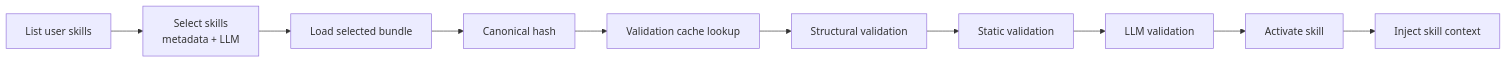
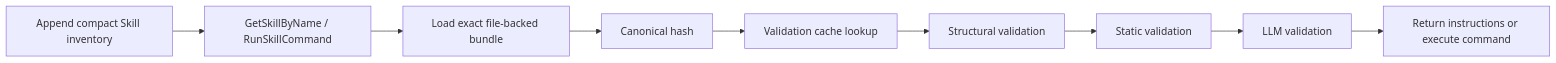
One commit to D00mch/souz changed the fifth of 5 diagrams in README.md. Above: the diagram before and after it, drawn with Mermaid. The commit also changed other lines of this file, not shown here.

Commit message:
Update README for current graph skills architecture

````diff
--- a/README.md
+++ b/README.md
@@ -406,12 +457,11 @@
 ```mermaid
 flowchart LR
-    skillList["List user skills"] --> skillSelect["Select skills\nmetadata + LLM"]
-    skillSelect --> skillLoad["Load selected bundle"]
+    inventory["Append compact Skill inventory"] --> lookup["GetSkillByName / RunSkillCommand"]
+    lookup --> skillLoad["Load exact file-backed bundle"]
     skillLoad --> skillHash["Canonical hash"]
     skillHash --> validationCache["Validation cache lookup"]
     validationCache --> structuralValidation["Structural validation"]
     structuralValidation --> staticValidation["Static validation"]
     staticValidation --> llmValidation["LLM validation"]
-    llmValidation --> skillActivate["Activate skill"]
-    skillActivate --> skillInject["Inject skill context"]
+    llmValidation --> approval["Return instructions or execute command"]
 ```
````
